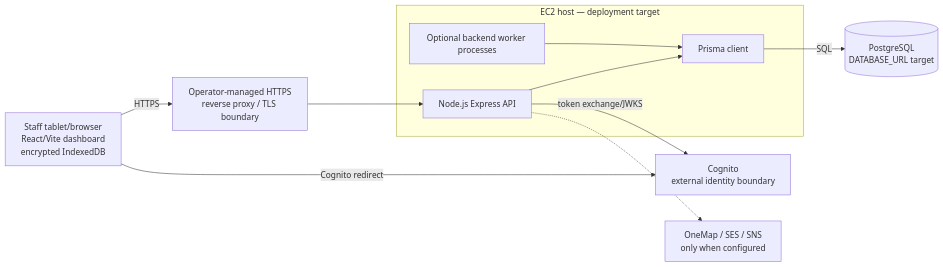
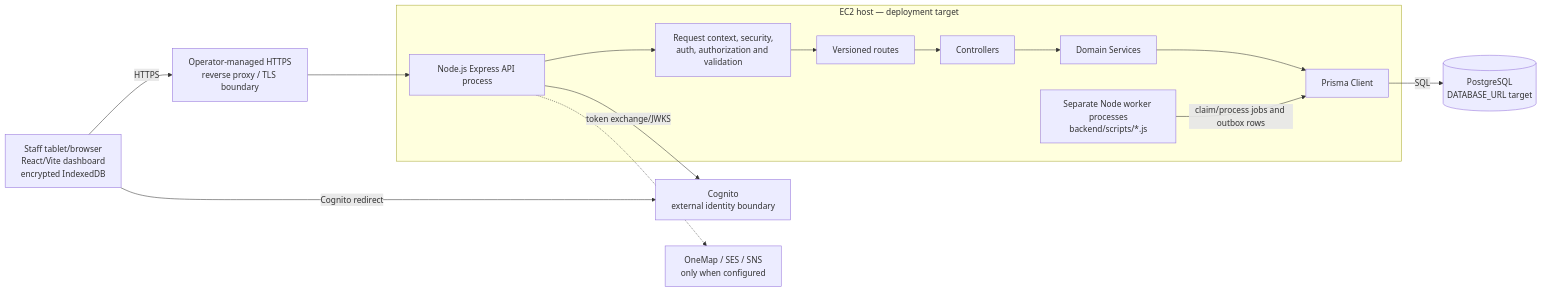
The diagram in docs/secure_coding/diagrams/deploymentDiagram.md (NachikethReddyY/vsms), drawn with Mermaid before and after one commit. The commit also changed other lines of this file and 9 other files, not shown here.

Commit message:
docs: align final package with implemented architecture

````diff
--- a/docs/secure_coding/diagrams/deploymentDiagram.md
+++ b/docs/secure_coding/diagrams/deploymentDiagram.md
@@ -7,23 +8,27 @@
 ```mermaid
 flowchart LR
     tablet[Staff tablet/browser<br/>React/Vite dashboard<br/>encrypted IndexedDB]
     proxy[Operator-managed HTTPS<br/>reverse proxy / TLS boundary]
 
     subgraph ec2[EC2 host — deployment target]
-        api[Node.js Express API]
-        workers[Optional backend worker processes]
-        prisma[Prisma client]
-        api --> prisma
-        workers --> prisma
+        api[Node.js Express API process]
+        middleware[Request context, security,<br/>auth, authorization and validation]
+        routes[Versioned routes]
+        controllers[Controllers]
+        services[Domain Services]
+        workers[Separate Node worker processes<br/>backend/scripts/*.js]
+        prisma[Prisma Client]
+        api --> middleware --> routes --> controllers --> services --> prisma
+        workers -->|claim/process jobs and outbox rows| prisma
     end
 
     postgres[(PostgreSQL<br/>DATABASE_URL target)]
     cognito[Cognito<br/>external identity boundary]
     onemap[OneMap / SES / SNS<br/>only when configured]
 
     tablet -->|HTTPS| proxy --> api
     tablet -->|Cognito redirect| cognito
     api -->|token exchange/JWKS| cognito
     prisma -->|SQL| postgres
     api -.-> onemap
 ```
````
